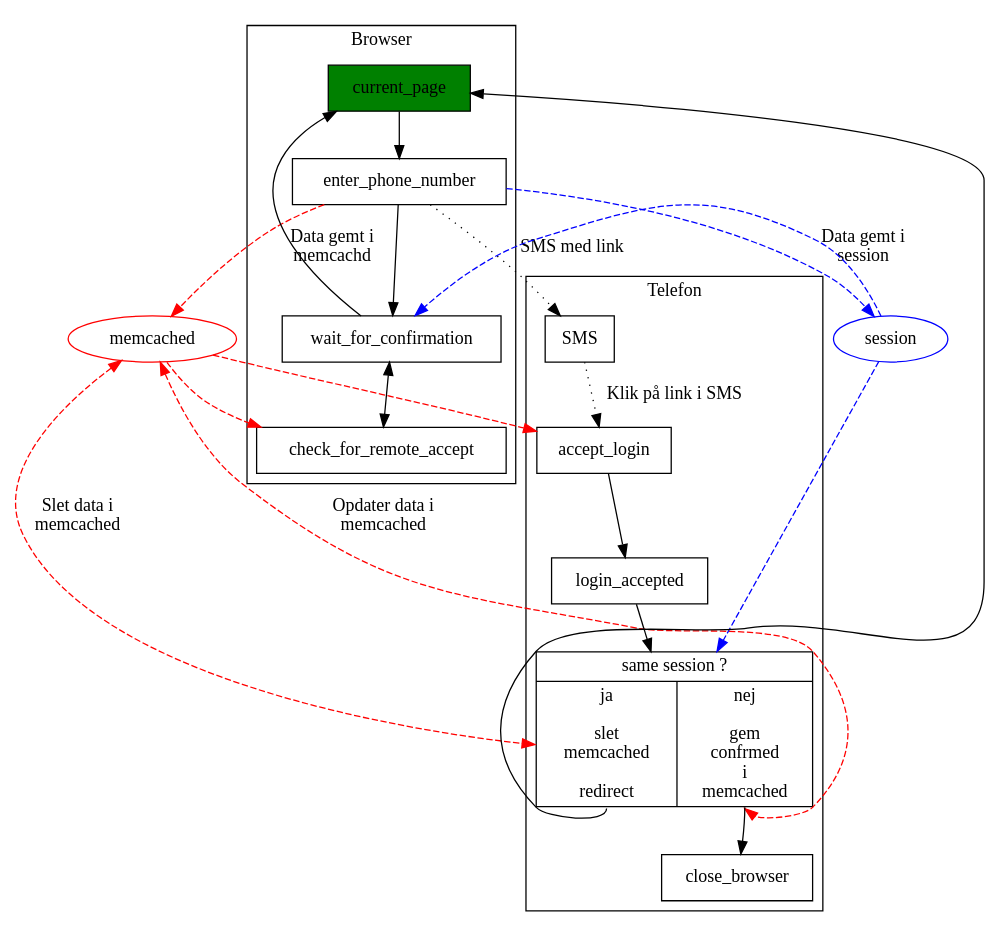
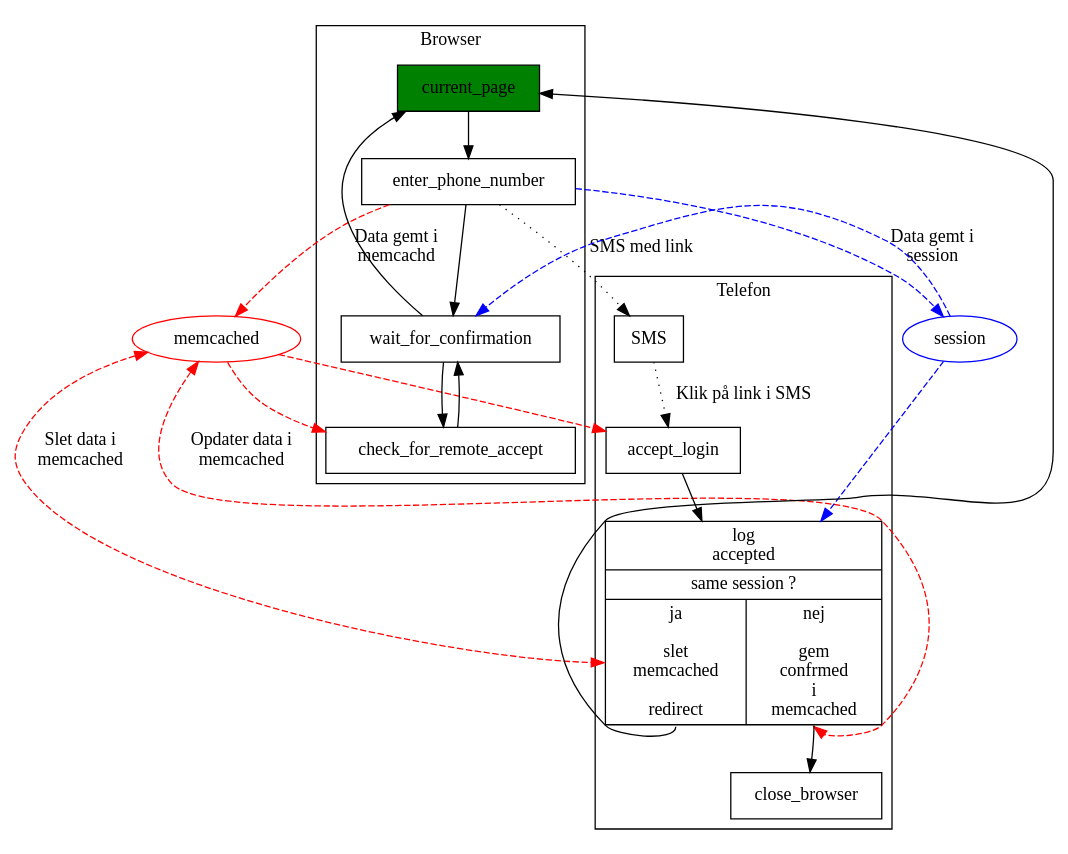
The diagram in projekter/sms-login.dot (alslug/alslug.dk), drawn with Graphviz before and after one commit.

```diff
--- a/projekter/sms-login.dot
+++ b/projekter/sms-login.dot
@@ -1,33 +1,34 @@
 digraph xxx {
   node [ shape=box ];
   {
     edge [ style=dashed color=red ];
     enter_phone_number -> memcached [ label="Data gemt i \nmemcachd"]; /////
                           memcached [ shape=ellipse color=red ];
                           memcached -> check_for_remote_accept;
                           memcached -> accept_login;
-                          memcached -> same_session:ja [ label = "Slet data i \nmemcached" dir=both ];
-                          memcached -> same_session:nej [ label = "Opdater data i \nmemcached" dir=both ];
+                          memcached -> login_accepted:ja [ label = "Slet data i \nmemcached" dir=both ];
+                          memcached -> login_accepted:nej [ label = "Opdater data i \nmemcached" dir=both ];
     edge [ style=dashed color=blue ];
         enter_phone_number -> session [ label="Data gemt i \nsession"];    /////
                               session [ shape=ellipse color=blue ];
                               session -> wait_for_confirmation;
-                              session -> same_session;
+                              session -> login_accepted;
   }
   subgraph cluster_browser {
     label = "Browser";
     current_page [ style=filled fillcolor=green ];
     current_page -> enter_phone_number -> wait_for_confirmation;
-                                          wait_for_confirmation -> check_for_remote_accept [ dir=both ];
+                                          wait_for_confirmation -> check_for_remote_accept;
+                                          wait_for_confirmation -> check_for_remote_accept [ dir=back ];
     current_page -> wait_for_confirmation [ dir=back ];
   }
   subgraph cluster_telefon {
     label = "Telefon";
-    same_session [ shape=record label="{same session ?|{ <ja> ja \n \n slet \n memcached \n \n redirect | <nej> nej \n \n gem \n confrmed \n i \n memcached}}" ];
+    login_accepted [ shape=record label="{log \n accepted | same session ?|{ <ja> ja \n \n slet \n memcached \n \n redirect | <nej> nej \n \n gem \n confrmed \n i \n memcached}}" ];
     SMS -> accept_login [ style=dotted label="Klik på link i SMS" ];
-           accept_login -> login_accepted-> same_session;
-                            current_page -> same_session:ja [ dir=back ];
-                                            same_session:nej -> close_browser;
+           accept_login -> login_accepted;
+           current_page -> login_accepted:ja [ dir=back ];
+                           login_accepted:nej -> close_browser;
   }
   enter_phone_number -> SMS [ style= dotted label="SMS med link"];
 }
```
